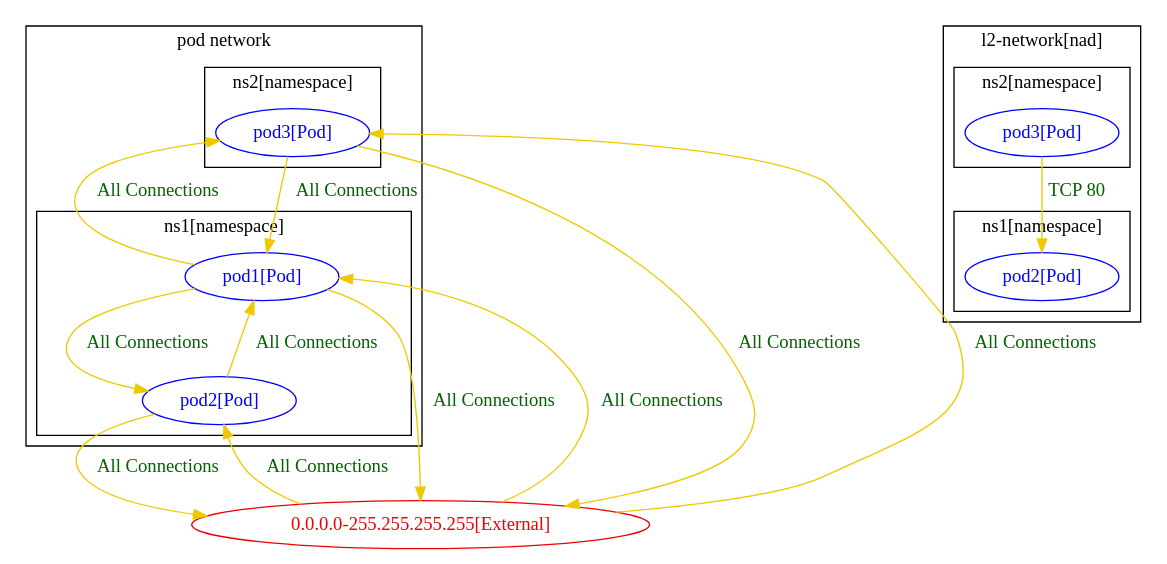
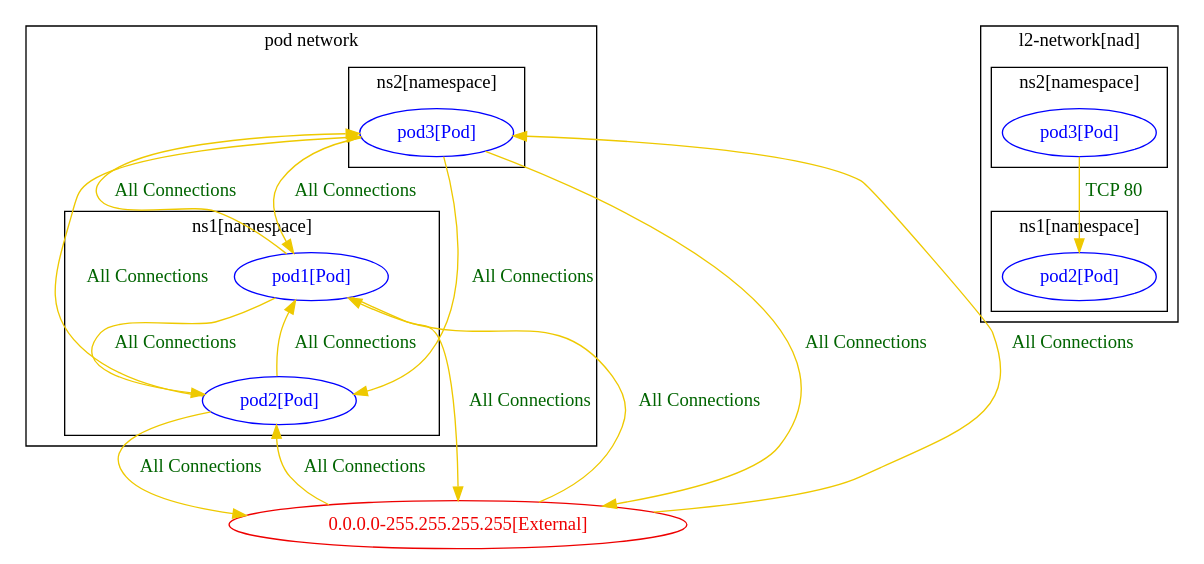
Before and after one commit to np-guard/netpol-analyzer: the diagram in test_outputs/connlist/nad_test_3_connlist_output.dot, drawn with Graphviz. The commit also changed 137 other files, not shown here.

```diff
--- a/test_outputs/connlist/nad_test_3_connlist_output.dot
+++ b/test_outputs/connlist/nad_test_3_connlist_output.dot
@@ -1,45 +1,47 @@
 digraph {
 	subgraph "cluster_pod_network" {
 	label="pod network"
 	subgraph "cluster_ns1[namespace]" {
 		color="black"
 		fontcolor="black"
 		"ns1/pod1[Pod]" [label="pod1[Pod]" color="blue" fontcolor="blue"]
 		"ns1/pod2[Pod]" [label="pod2[Pod]" color="blue" fontcolor="blue"]
 		label="ns1[namespace]"
 	}
 	subgraph "cluster_ns2[namespace]" {
 		color="black"
 		fontcolor="black"
 		"ns2/pod3[Pod]" [label="pod3[Pod]" color="blue" fontcolor="blue"]
 		label="ns2[namespace]"
 	}
 	}
 	subgraph "cluster_l2-network" {
 	label="l2-network[nad]"
 	subgraph "cluster_ns1[namespace]" {
 		color="black"
 		fontcolor="black"
 		"ns1/pod2[Pod]l2-network" [label="pod2[Pod]" color="blue" fontcolor="blue"]
 		label="ns1[namespace]"
 	}
 	subgraph "cluster_ns2[namespace]" {
 		color="black"
 		fontcolor="black"
 		"ns2/pod3[Pod]l2-network" [label="pod3[Pod]" color="blue" fontcolor="blue"]
 		label="ns2[namespace]"
 	}
 	}
 	"0.0.0.0-255.255.255.255[External]" [label="0.0.0.0-255.255.255.255[External]" color="red2" fontcolor="red2"]
 	"0.0.0.0-255.255.255.255[External]" -> "ns1/pod1[Pod]" [label="All Connections" color="gold2" fontcolor="darkgreen" weight=0.5]
 	"0.0.0.0-255.255.255.255[External]" -> "ns1/pod2[Pod]" [label="All Connections" color="gold2" fontcolor="darkgreen" weight=0.5]
 	"0.0.0.0-255.255.255.255[External]" -> "ns2/pod3[Pod]" [label="All Connections" color="gold2" fontcolor="darkgreen" weight=0.5]
 	"ns1/pod1[Pod]" -> "0.0.0.0-255.255.255.255[External]" [label="All Connections" color="gold2" fontcolor="darkgreen" weight=1]
 	"ns1/pod1[Pod]" -> "ns1/pod2[Pod]" [label="All Connections" color="gold2" fontcolor="darkgreen" weight=0.5]
 	"ns1/pod1[Pod]" -> "ns2/pod3[Pod]" [label="All Connections" color="gold2" fontcolor="darkgreen" weight=0.5]
 	"ns1/pod2[Pod]" -> "0.0.0.0-255.255.255.255[External]" [label="All Connections" color="gold2" fontcolor="darkgreen" weight=1]
 	"ns1/pod2[Pod]" -> "ns1/pod1[Pod]" [label="All Connections" color="gold2" fontcolor="darkgreen" weight=1]
+	"ns1/pod2[Pod]" -> "ns2/pod3[Pod]" [label="All Connections" color="gold2" fontcolor="darkgreen" weight=0.5]
 	"ns2/pod3[Pod]" -> "0.0.0.0-255.255.255.255[External]" [label="All Connections" color="gold2" fontcolor="darkgreen" weight=1]
 	"ns2/pod3[Pod]" -> "ns1/pod1[Pod]" [label="All Connections" color="gold2" fontcolor="darkgreen" weight=1]
+	"ns2/pod3[Pod]" -> "ns1/pod2[Pod]" [label="All Connections" color="gold2" fontcolor="darkgreen" weight=1]
 	"ns2/pod3[Pod]l2-network" -> "ns1/pod2[Pod]l2-network" [label="TCP 80" color="gold2" fontcolor="darkgreen" weight=1]
 }
```
